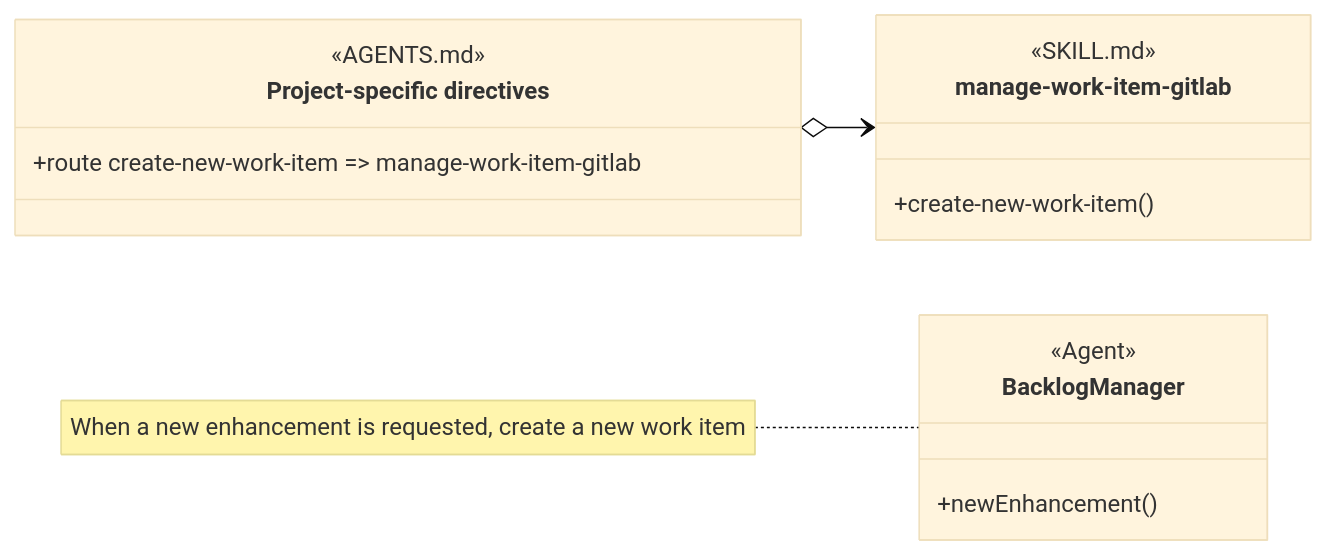
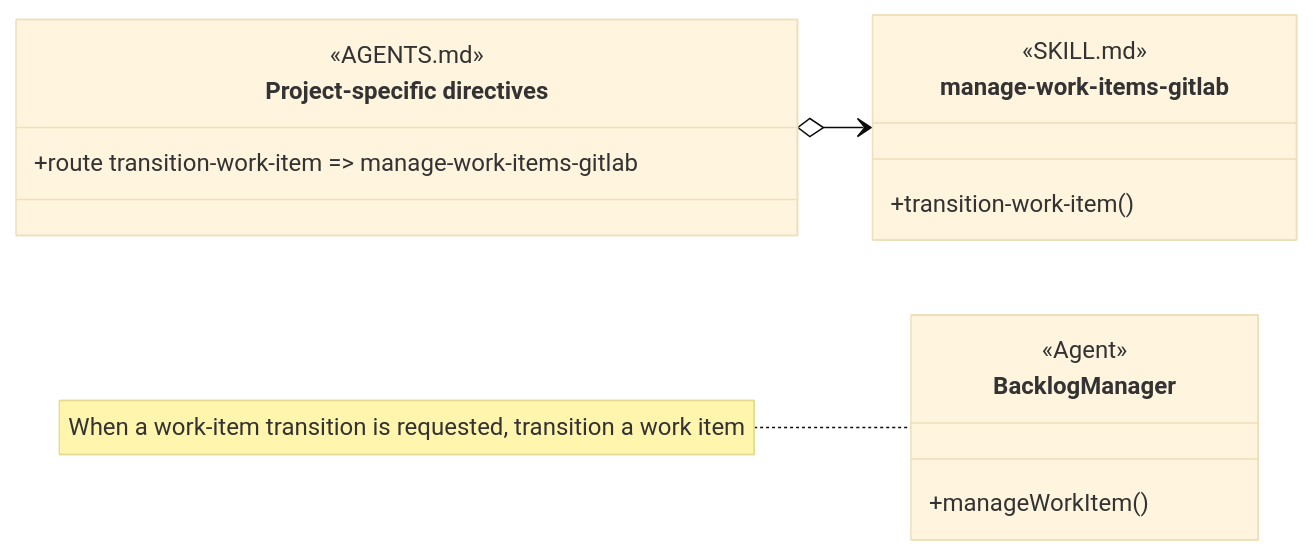
Before and after one commit to martinbechard/dev-methodology: the fifth of 16 diagrams in design/object-oriented-agent-and-skill-model.md, drawn with Mermaid (base theme). The commit also changed other lines of this file and 60 other files, not shown here.

First line of the commit message:
Integrate work item management provider naming

````diff
--- a/design/object-oriented-agent-and-skill-model.md
+++ b/design/object-oriented-agent-and-skill-model.md
@@ -201,25 +201,25 @@
 ```mermaid
 classDiagram
     direction LR
 
     class BacklogManager {
         <<Agent>>
-        +newEnhancement()
+        +manageWorkItem()
     }
 
     class project-specific-directives["Project-specific directives"] {
         <<AGENTS.md>>
         <<routing>>
-        +route create-new-work-item => manage-work-item-gitlab
+        +route transition-work-item => manage-work-items-gitlab
     }
 
-    class manage-work-item-gitlab {
+    class manage-work-items-gitlab {
         <<SKILL.md>>
         <<Injectable Skill>>
-        +create-new-work-item()
+        +transition-work-item()
     }
 
-    project-specific-directives o--> manage-work-item-gitlab
+    project-specific-directives o--> manage-work-items-gitlab
 
-    note for BacklogManager "When a new enhancement is requested, create a new work item"
+    note for BacklogManager "When a work-item transition is requested, transition a work item"
 ```
````
